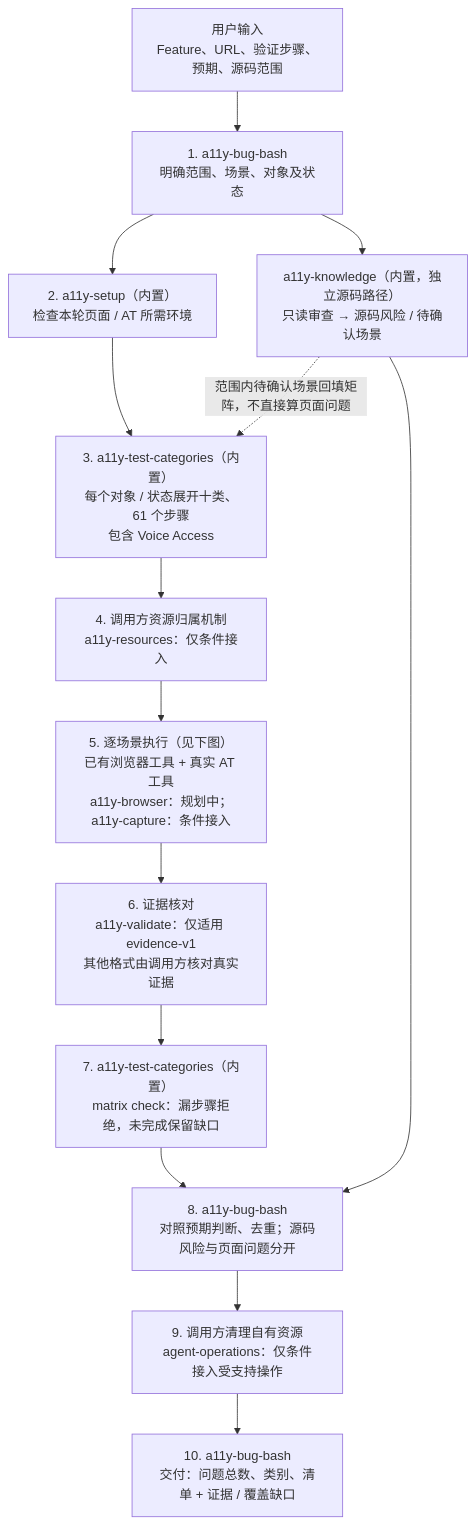
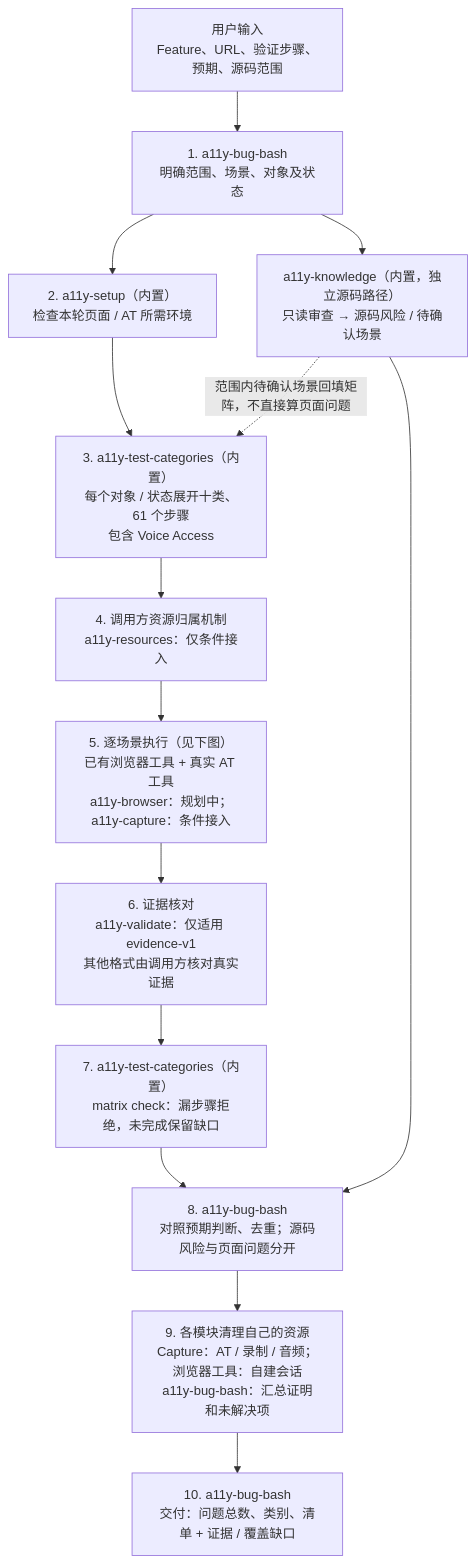
One commit to kaixun96/dev.A11yAssist changed the first of 2 diagrams in docs/BUG-BASH-ARCHITECTURE.zh-CN.md. Above: the diagram before and after it, drawn with Mermaid. The commit also changed other lines of this file and 309 other files, not shown here.

First line of the commit message:
Remove standalone operations plugin and require capture lifecycle checks

````diff
--- a/docs/BUG-BASH-ARCHITECTURE.zh-CN.md
+++ b/docs/BUG-BASH-ARCHITECTURE.zh-CN.md
@@ -50,20 +49,20 @@
 ```mermaid
 flowchart TD
     U["用户输入<br/>Feature、URL、验证步骤、预期、源码范围"]
     P["1. a11y-bug-bash<br/>明确范围、场景、对象及状态"]
     S["2. a11y-setup（内置）<br/>检查本轮页面 / AT 所需环境"]
     C["3. a11y-test-categories（内置）<br/>每个对象 / 状态展开十类、61 个步骤<br/>包含 Voice Access"]
     R["4. 调用方资源归属机制<br/>a11y-resources：仅条件接入"]
     E["5. 逐场景执行（见下图）<br/>已有浏览器工具 + 真实 AT 工具<br/>a11y-browser：规划中；a11y-capture：条件接入"]
     K["a11y-knowledge（内置，独立源码路径）<br/>只读审查 → 源码风险 / 待确认场景"]
     V["6. 证据核对<br/>a11y-validate：仅适用 evidence-v1<br/>其他格式由调用方核对真实证据"]
     G["7. a11y-test-categories（内置）<br/>matrix check：漏步骤拒绝，未完成保留缺口"]
     A["8. a11y-bug-bash<br/>对照预期判断、去重；源码风险与页面问题分开"]
-    O["9. 调用方清理自有资源<br/>agent-operations：仅条件接入受支持操作"]
+    O["9. 各模块清理自己的资源<br/>Capture：AT / 录制 / 音频；浏览器工具：自建会话<br/>a11y-bug-bash：汇总证明和未解决项"]
     F["10. a11y-bug-bash<br/>交付：问题总数、类别、清单 + 证据 / 覆盖缺口"]
     U --> P
     P --> S --> C --> R --> E --> V --> G --> A --> O --> F
     P --> K
     K --> A
     K -. "范围内待确认场景回填矩阵，不直接算页面问题" .-> C
 ```
````
